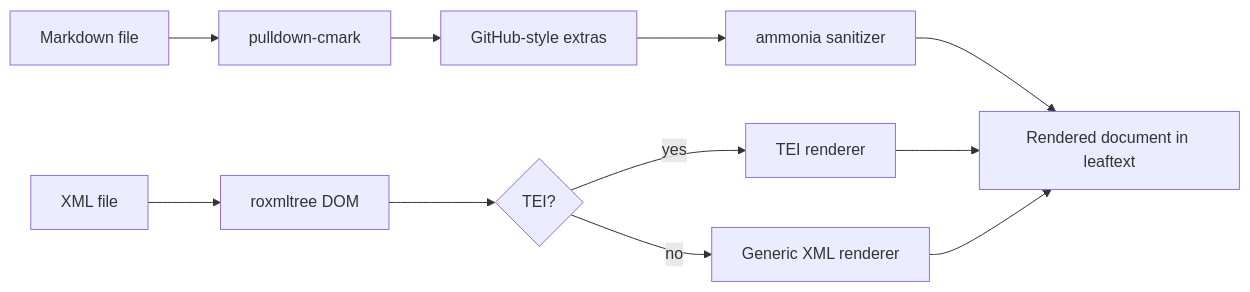
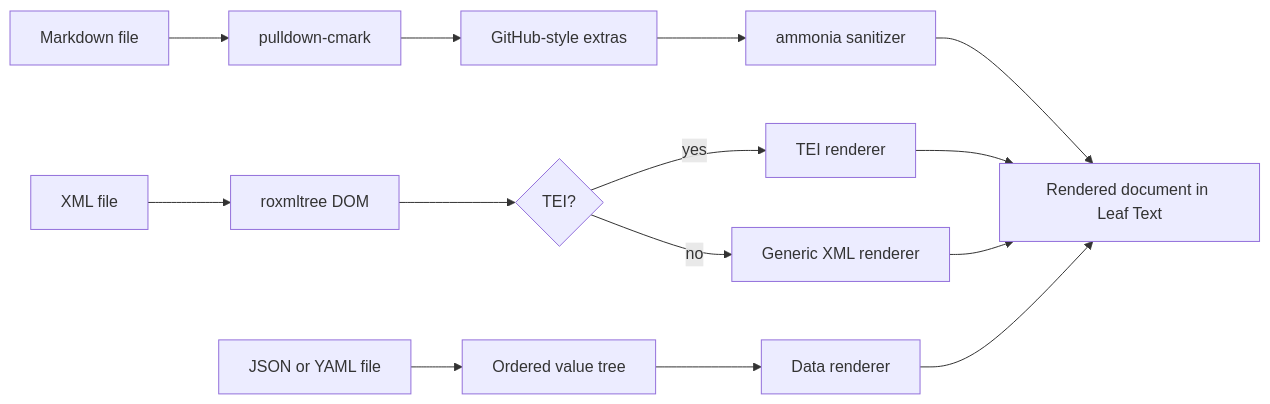
One commit to ryanallen/leaftext changed the first of 3 diagrams in docs/01-features/01-rendering.md. Above: the diagram before and after it, drawn with Mermaid. The commit also changed other lines of this file and 33 other files, not shown here.

First line of the commit message:
Render JSON and YAML documents, and drop the unmaintained yaml-rust

````diff
--- a/docs/01-features/01-rendering.md
+++ b/docs/01-features/01-rendering.md
@@ -22,13 +23,16 @@
 ```mermaid
 flowchart LR
     A[Markdown file] --> B[pulldown-cmark]
     B --> C[GitHub-style extras]
     C --> D[ammonia sanitizer]
-    D --> E[Rendered document in leaftext]
+    D --> E[Rendered document in Leaf Text]
     F[XML file] --> G[roxmltree DOM]
     G --> H{TEI?}
     H -->|yes| I[TEI renderer]
     H -->|no| J[Generic XML renderer]
     I --> E
     J --> E
+    K[JSON or YAML file] --> L[Ordered value tree]
+    L --> M[Data renderer]
+    M --> E
 ```
````
